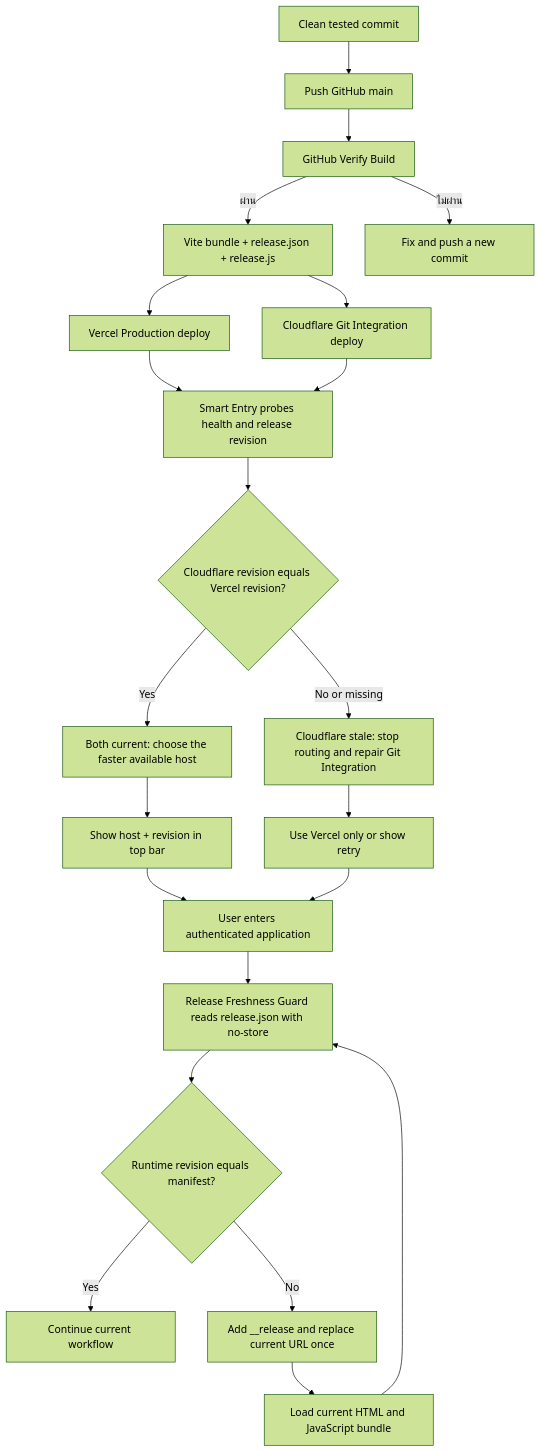
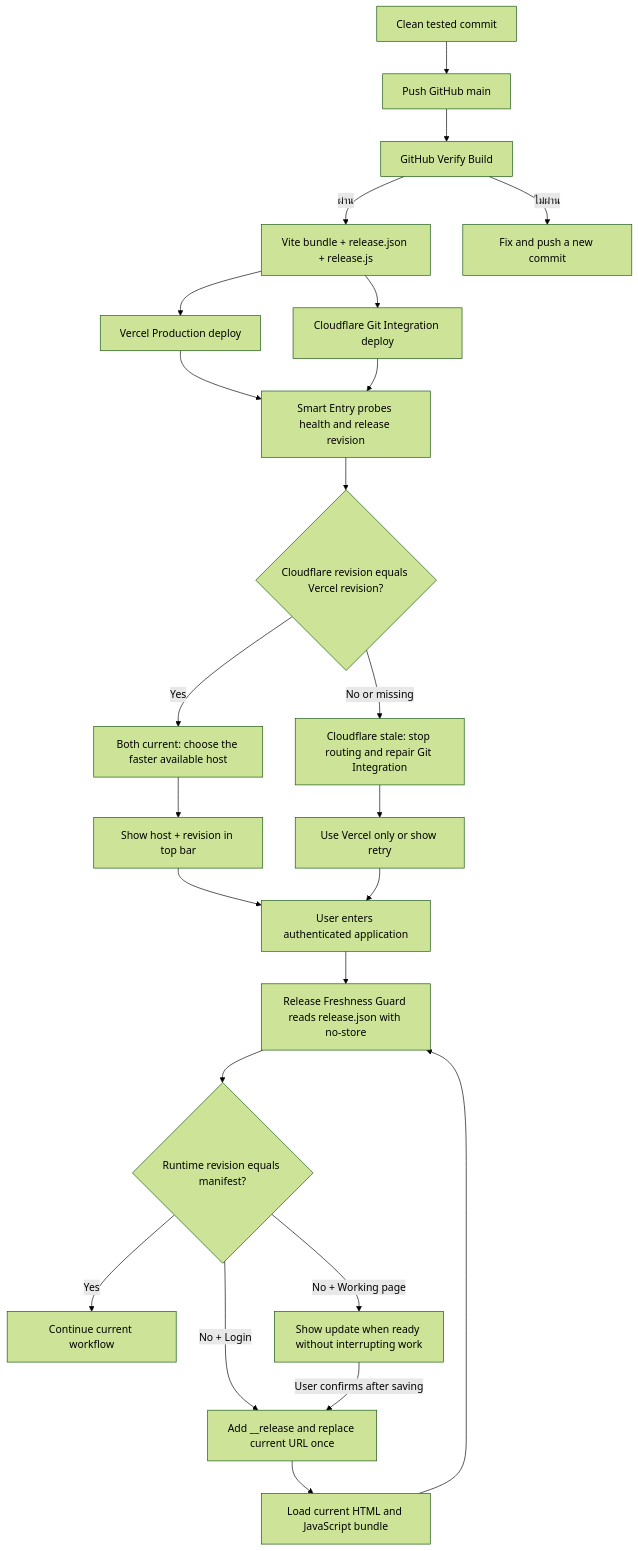
The diagram in docs/RELEASE_PARITY_FLOW.md (paramonjong-afk/WisdomAI), drawn with Mermaid (forest theme) before and after one commit. The commit also changed other lines of this file and 3 other files, not shown here.

Commit message:
Avoid interrupting active work for releases

````diff
--- a/docs/RELEASE_PARITY_FLOW.md
+++ b/docs/RELEASE_PARITY_FLOW.md
@@ -1,24 +1,26 @@
 ```mermaid
 flowchart TD
   A[Clean tested commit] --> P[Push GitHub main]
   P --> V[GitHub Verify Build]
   V -->|ผ่าน| B[Vite bundle + release.json + release.js]
   V -->|ไม่ผ่าน| X[Fix and push a new commit]
   B --> C[Vercel Production deploy]
   B --> D[Cloudflare Git Integration deploy]
   C --> E[Smart Entry probes health and release revision]
   D --> E
   E --> F{Cloudflare revision equals Vercel revision?}
   F -->|Yes| G[Both current: choose the faster available host]
   F -->|No or missing| H[Cloudflare stale: stop routing and repair Git Integration]
   G --> I[Show host + revision in top bar]
   H --> J[Use Vercel only or show retry]
   I --> K[User enters authenticated application]
   J --> K
   K --> L[Release Freshness Guard reads release.json with no-store]
   L --> M{Runtime revision equals manifest?}
   M -->|Yes| N[Continue current workflow]
-  M -->|No| O[Add __release and replace current URL once]
+  M -->|No + Login| O[Add __release and replace current URL once]
+  M -->|No + Working page| U[Show update when ready without interrupting work]
+  U -->|User confirms after saving| O
   O --> P2[Load current HTML and JavaScript bundle]
   P2 --> L
 ```
````
